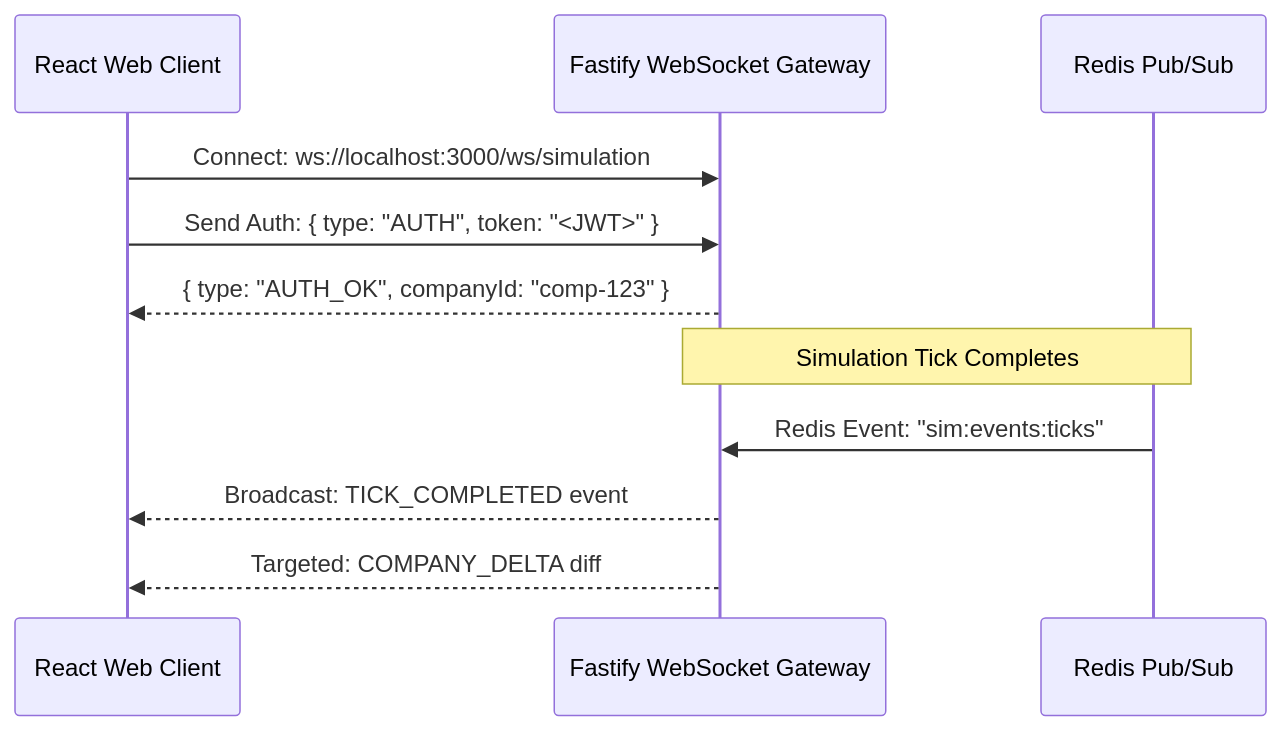
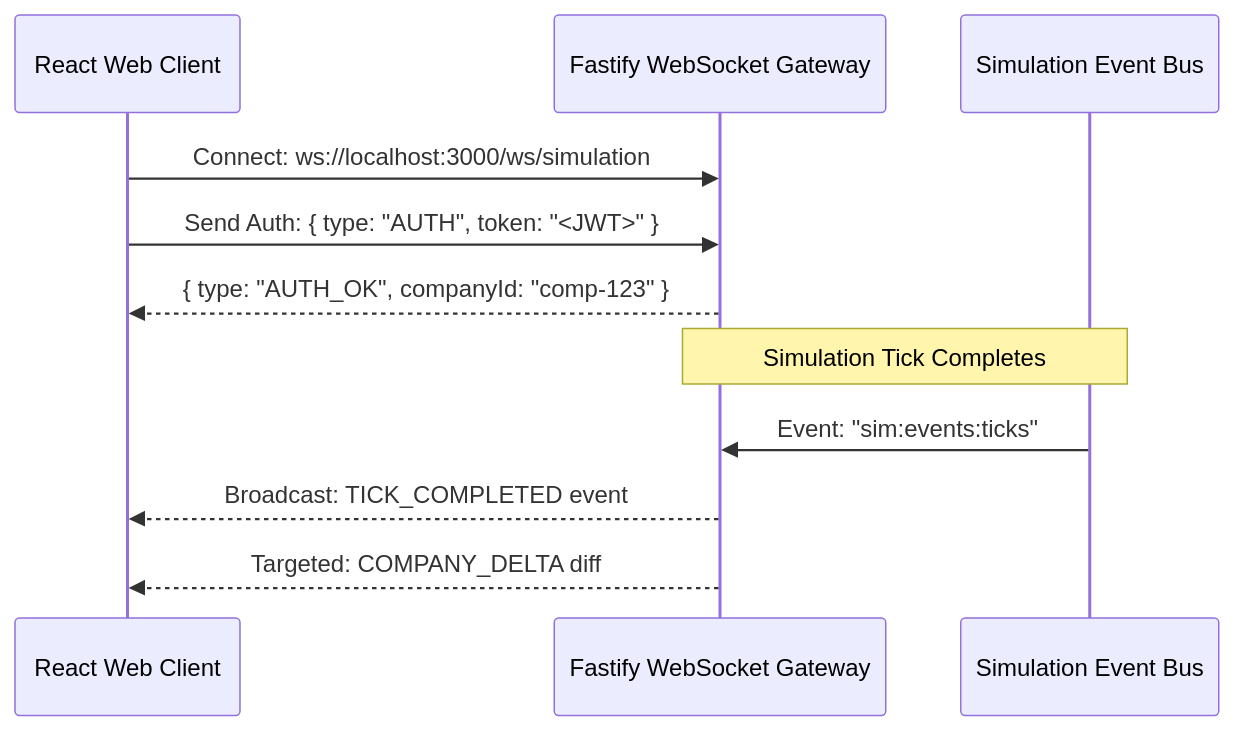
Before and after one commit to dmitrij-borchuk/economicSim: the diagram in docs/technical-architecture/api-and-websocket-protocol.md, drawn with Mermaid. The commit also changed 6 other files, not shown here.

````diff
--- a/docs/technical-architecture/api-and-websocket-protocol.md
+++ b/docs/technical-architecture/api-and-websocket-protocol.md
@@ -78,15 +78,15 @@
 ```mermaid
 sequenceDiagram
     participant Client as React Web Client
     participant WS as Fastify WebSocket Gateway
-    participant Bus as Redis Pub/Sub
+    participant Bus as Simulation Event Bus
 
     Client->>WS: Connect: ws://localhost:3000/ws/simulation
     Client->>WS: Send Auth: { type: "AUTH", token: "<JWT>" }
     WS-->>Client: { type: "AUTH_OK", companyId: "comp-123" }
     
     Note over Bus,WS: Simulation Tick Completes
-    Bus->>WS: Redis Event: "sim:events:ticks"
+    Bus->>WS: Event: "sim:events:ticks"
     WS-->>Client: Broadcast: TICK_COMPLETED event
     WS-->>Client: Targeted: COMPANY_DELTA diff
 ```
````
